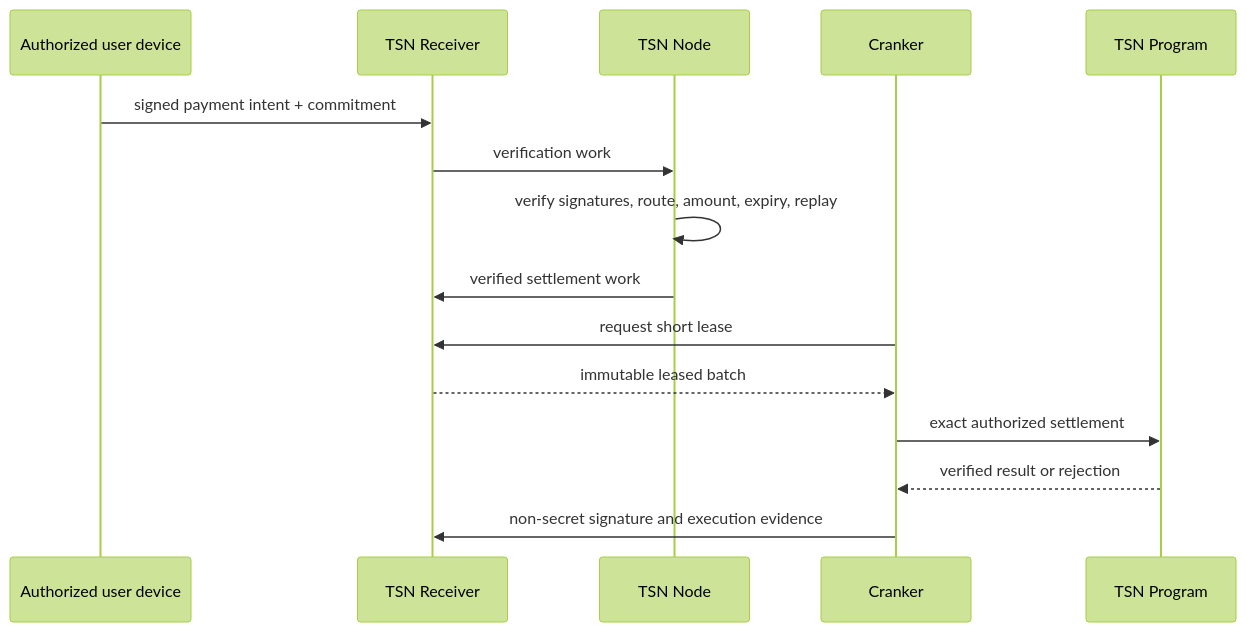
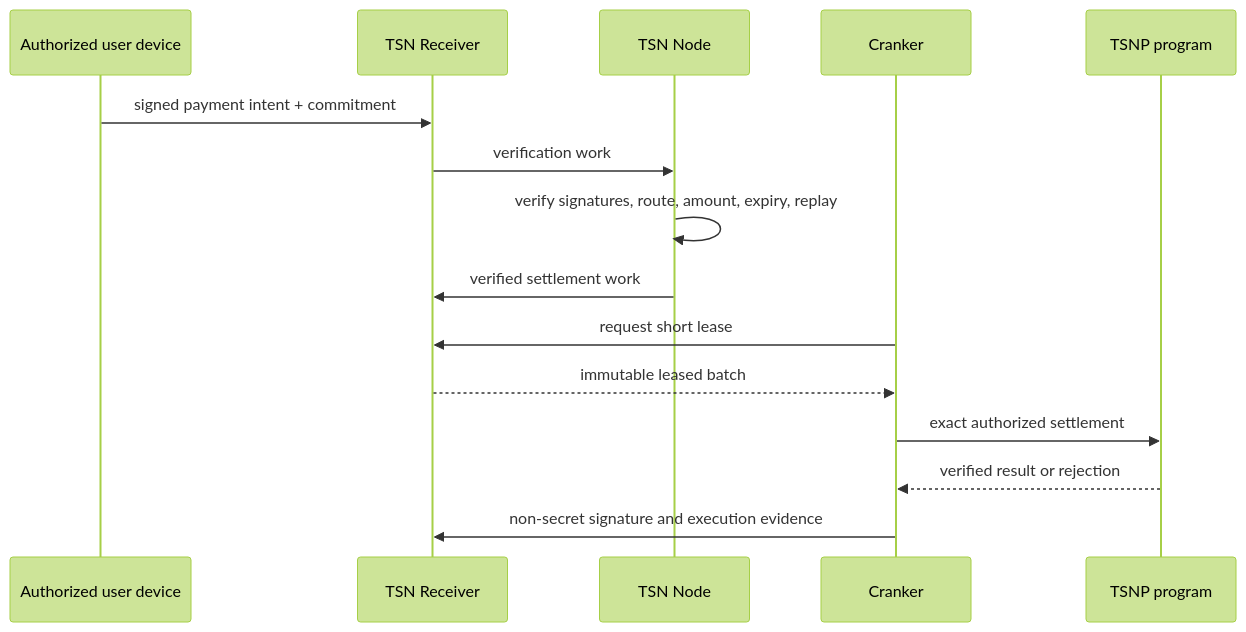
Before and after one commit to bigdreamsweb3/trustlink-pay: the second of 2 diagrams in docs/TRUSTLINK-LABS-ORG-PROFILE.md, drawn with Mermaid (forest theme). The commit also changed other lines of this file and 88 other files, not shown here.

````diff
--- a/docs/TRUSTLINK-LABS-ORG-PROFILE.md
+++ b/docs/TRUSTLINK-LABS-ORG-PROFILE.md
@@ -86,17 +86,17 @@
 ```mermaid
 sequenceDiagram
   participant D as Authorized user device
   participant R as TSN Receiver
   participant N as TSN Node
   participant C as Cranker
-  participant P as TSN Program
+  participant P as TSNP program
   D->>R: signed payment intent + commitment
   R->>N: verification work
   N->>N: verify signatures, route, amount, expiry, replay
   N->>R: verified settlement work
   C->>R: request short lease
   R-->>C: immutable leased batch
   C->>P: exact authorized settlement
   P-->>C: verified result or rejection
   C->>R: non-secret signature and execution evidence
 ```
````
